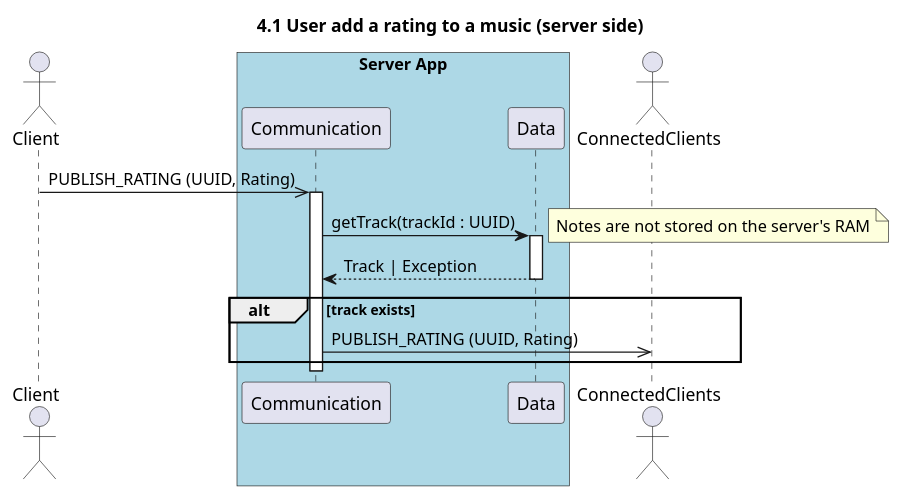
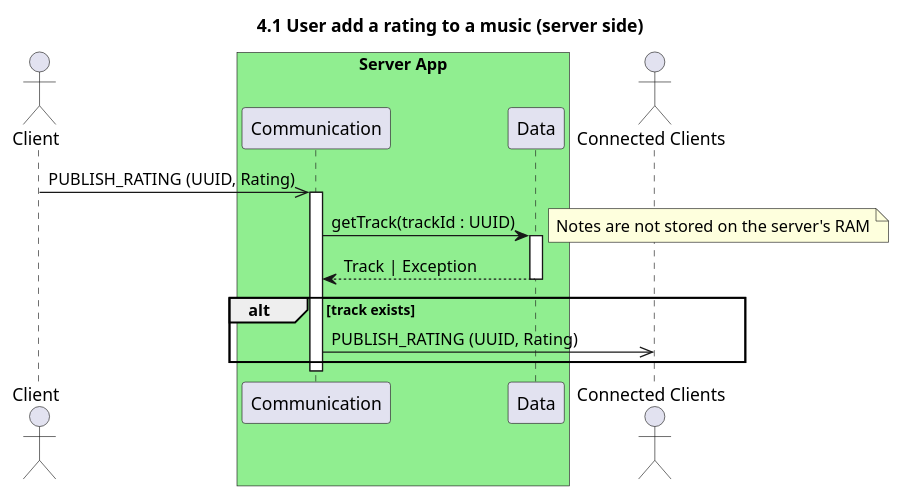
Before and after one commit to UTCAI12/Diagrams: the diagram in sequence/4.1.add_rating_server.puml, drawn with PlantUML. The commit also changed 6 other files, not shown here.

```diff
--- a/sequence/4.1.add_rating_server.puml
+++ b/sequence/4.1.add_rating_server.puml
@@ -1,27 +1,25 @@
 @startuml 4.1 User add a rating to a music (server side)
 title 4.1 User add a rating to a music (server side)
 
-actor Client as client
-
-box "Server App" #LightBlue
-    participant Communication as com
-    participant Data as data
+actor "Client" as client
+box "Server App" #LightGreen
+    participant "Communication" as com
+    participant "Data" as data
 end box
-
-actor ConnectedClients as connected
+actor "Connected Clients" as connected
 
 client ->> com : PUBLISH_RATING (UUID, Rating)
 
 activate com
 
 com -> data++ : getTrack(trackId : UUID)
 note right : Notes are not stored on the server's RAM 
 return Track | Exception
 
 alt track exists
     com ->> connected : PUBLISH_RATING (UUID, Rating)
 end
 
 deactivate com
 
 @enduml
```
